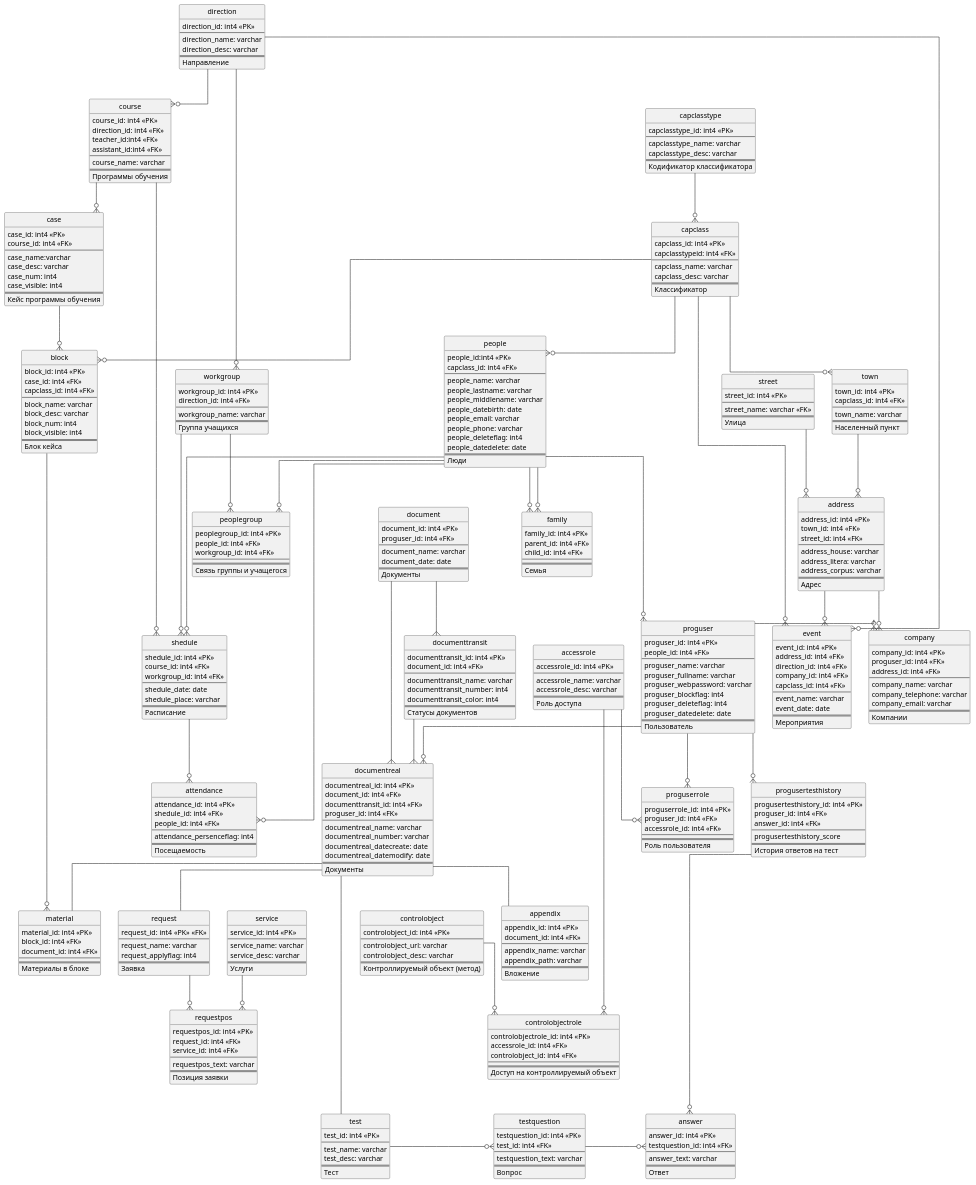
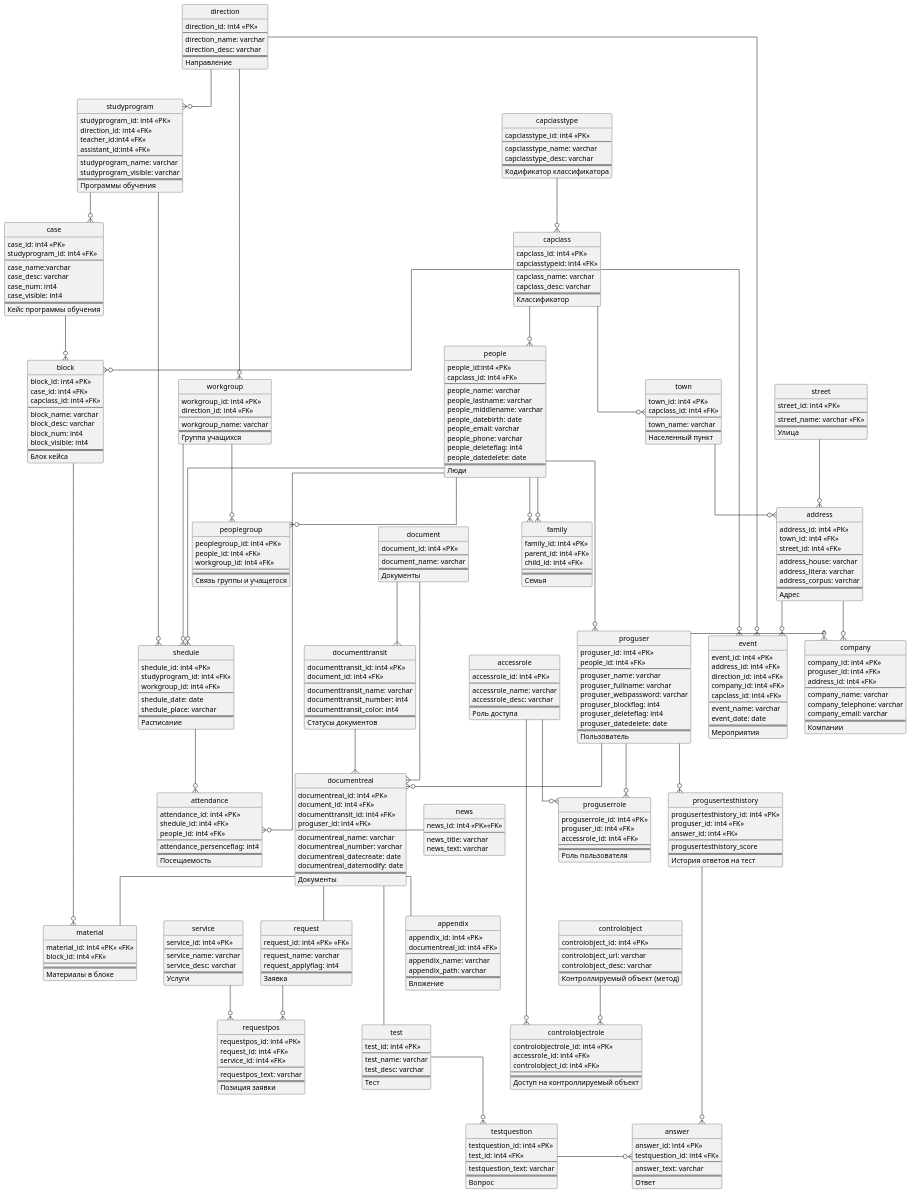
Before and after one commit to Skeletoshka/spring-core-backend: the diagram in docs/er-diagram.puml, drawn with PlantUML.

Commit message:
update er-diagram

```diff
--- a/docs/er-diagram.puml
+++ b/docs/er-diagram.puml
@@ -60,19 +60,20 @@
     ==
     Связь группы и учащегося
 }
-entity course{
-    course_id: int4 <<PK>>
+entity studyprogram{
+    studyprogram_id: int4 <<PK>>
     direction_id: int4 <<FK>>
     teacher_id:int4 <<FK>>
     assistant_id:int4 <<FK>>
     --
-    course_name: varchar
+    studyprogram_name: varchar
+    studyprogram_visible: varchar
     ==
     Программы обучения
 }
 entity case{
     case_id: int4 <<PK>>
-    course_id: int4 <<FK>>
+    studyprogram_id: int4 <<FK>>
     --
     case_name:varchar
     case_desc: varchar
@@ -95,7 +96,7 @@
 }
 entity appendix{
     appendix_id: int4 <<PK>>
-    document_id: int4 <<FK>>
+    documentreal_id: int4 <<FK>>
     --
     appendix_name: varchar
     appendix_path: varchar
@@ -104,10 +105,8 @@
 }
 entity document{
     document_id: int4 <<PK>>
-    proguser_id: int4 <<FK>>
     --
     document_name: varchar
-    document_date: date
     ==
     Документы
 }
@@ -158,7 +157,7 @@
 }
 entity shedule{
     shedule_id: int4 <<PK>>
-    course_id: int4 <<FK>>
+    studyprogram_id: int4 <<FK>>
     workgroup_id: int4 <<FK>>
     --
     shedule_date: date
@@ -176,9 +175,8 @@
     Посещаемость
 }
 entity material{
-    material_id: int4 <<PK>>
+    material_id: int4 <<PK>> <<FK>>
     block_id: int4 <<FK>>
-    document_id: int4 <<FK>>
     --
     ==
     Материалы в блоке
@@ -330,13 +328,19 @@
     ==
     Статусы документов
 }
+entity news{
+    news_id: int4 <<PK>><<FK>>
+    --
+    news_title: varchar
+    news_text: varchar
+}
 people--o{family
 people--o{family
 direction----o{workgroup
 workgroup--o{peoplegroup
 people--o{peoplegroup
-direction--o{course
-course--o{case
+direction--o{studyprogram
+studyprogram--o{case
 case--o{block
 documentreal-- appendix
 proguser--o{documentreal
@@ -346,7 +350,7 @@
 accessrole----o{controlobjectrole
 controlobject--o{controlobjectrole
 workgroup---o{shedule
-course--o{shedule
+studyprogram--o{shedule
 people--o{shedule
 shedule--o{attendance
 people--o{attendance
@@ -374,4 +378,5 @@
 proguser--o{progusertesthistory
 progusertesthistory----o{answer
 documentreal---test
+documentreal-news
 @enduml
```
